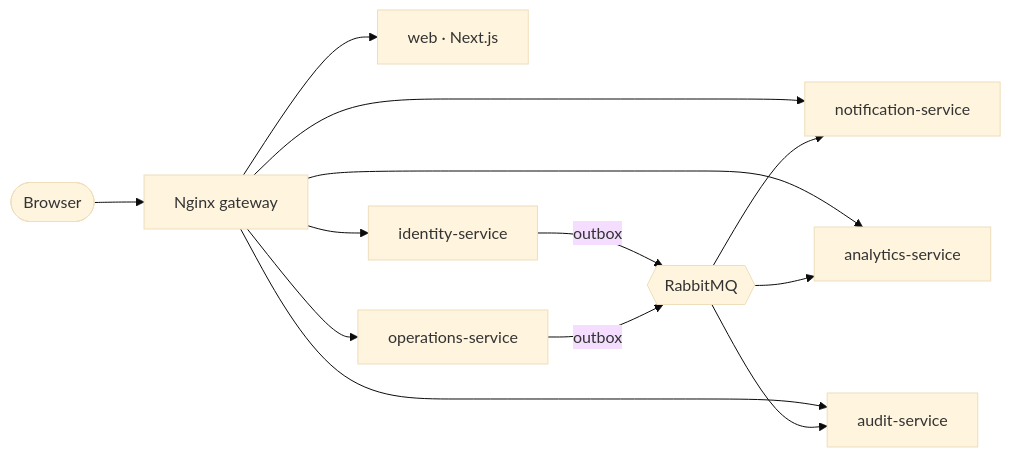
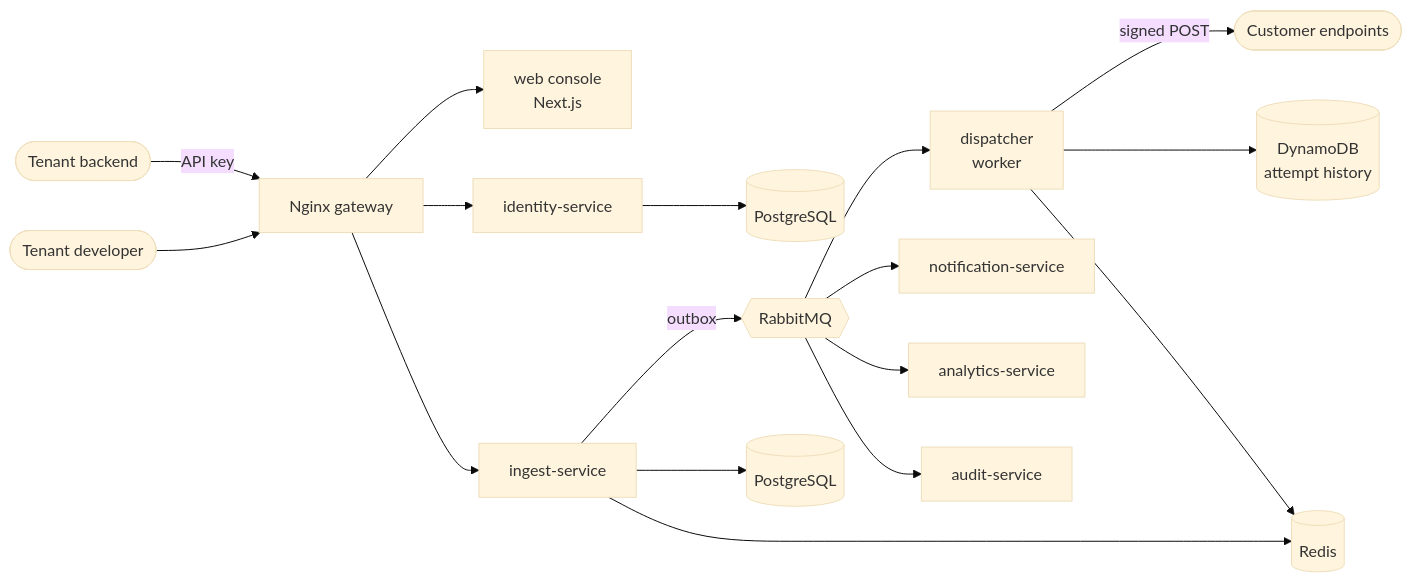
The diagram in README.md (rahmanmostafijur/solmira), drawn with Mermaid (base theme) before and after one commit. The commit also changed other lines of this file and 16 other files, not shown here.

First line of the commit message:
docs: rewrite README, architecture, development, security and API docs for the webhook platform

````diff
--- a/README.md
+++ b/README.md
@@ -33,12 +48,18 @@
 ```mermaid
 flowchart LR
-  browser([Browser]) --> gw[Nginx gateway]
-  gw --> web[web · Next.js]
+  tenant([Tenant backend]) -- API key --> gw[Nginx gateway]
+  dev([Tenant developer]) --> gw
+  gw --> web[web console<br/>Next.js]
   gw --> id[identity-service]
-  gw --> ops[operations-service]
-  gw --> ntf[notification-service]
-  gw --> ana[analytics-service]
-  gw --> aud[audit-service]
-  id & ops -- outbox --> mq{{RabbitMQ}}
-  mq --> ntf & ana & aud
+  gw --> ing[ingest-service]
+  ing -- outbox --> mq{{RabbitMQ}}
+  mq --> disp[dispatcher<br/>worker]
+  mq --> ntf[notification-service]
+  mq --> ana[analytics-service]
+  mq --> aud[audit-service]
+  disp -- signed POST --> recv([Customer endpoints])
+  id --> pgi[(PostgreSQL)]
+  ing --> pgs[(PostgreSQL)]
+  disp --> ddb[(DynamoDB<br/>attempt history)]
+  ing & disp --> redis[(Redis)]
 ```
````
